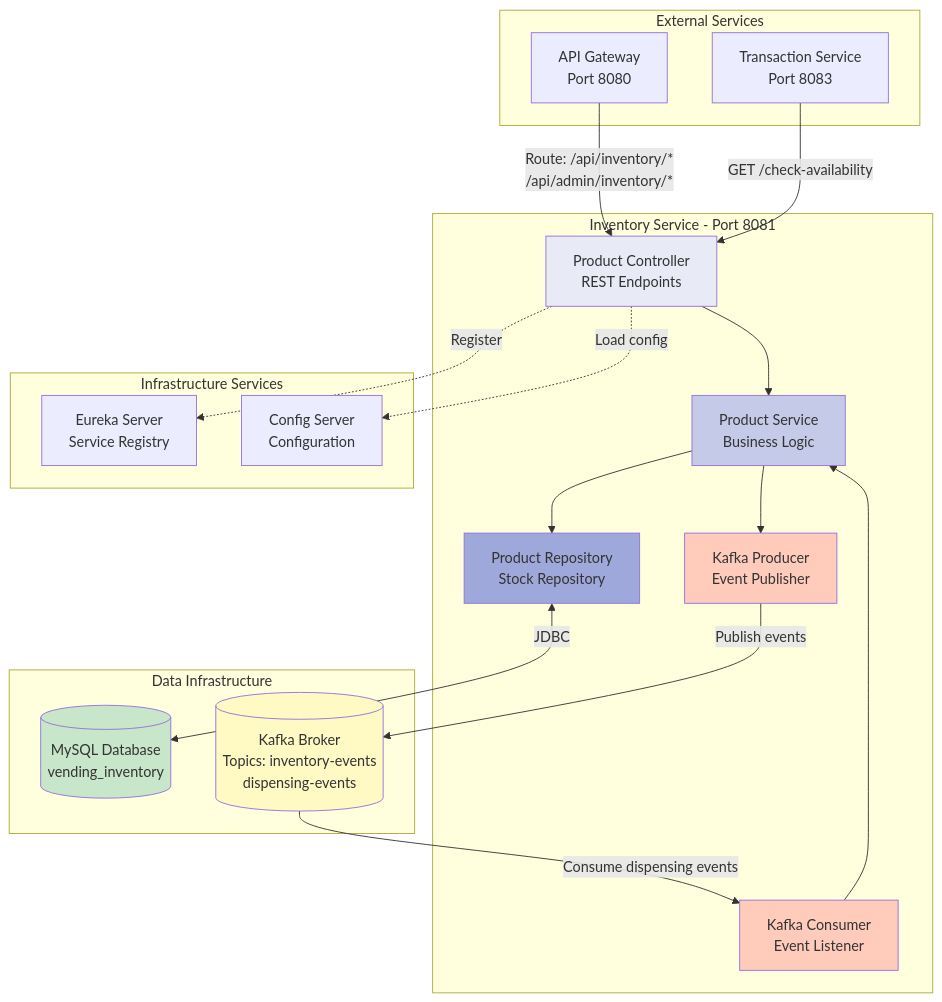
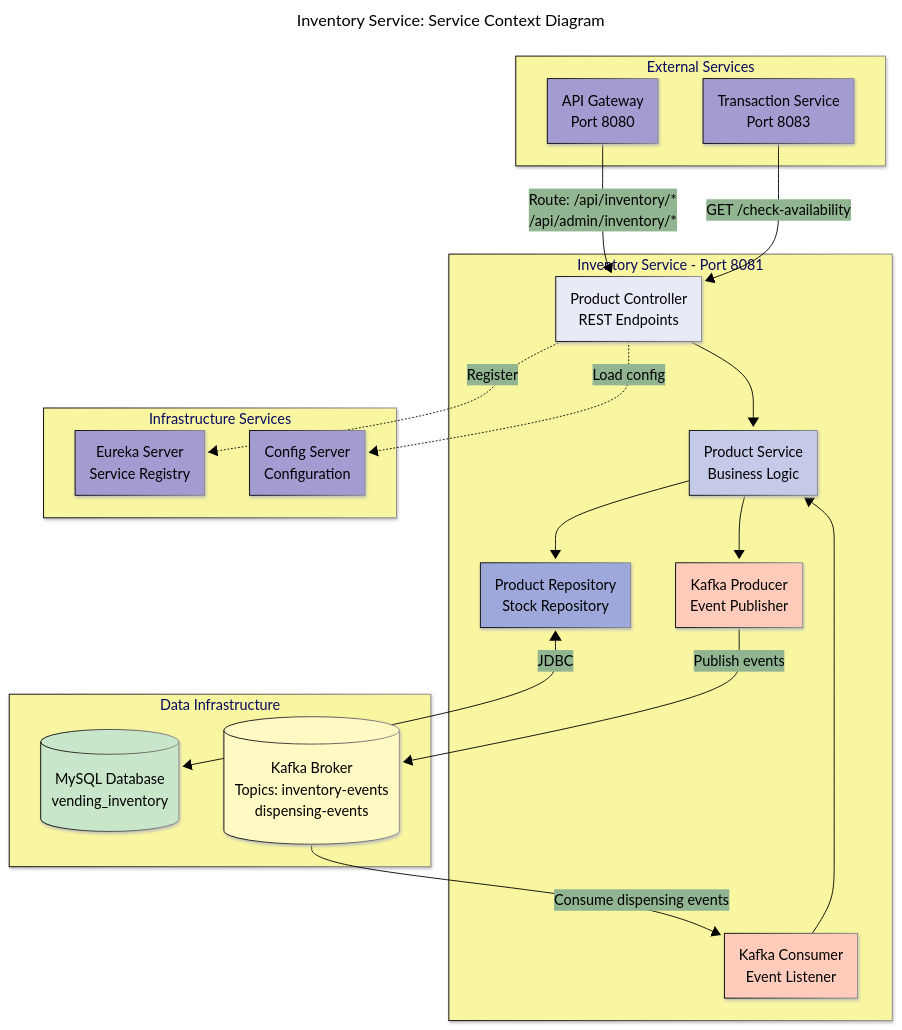
Before and after one commit to BrunoGil-AS/Vending-Machine-Microservices: the first of 9 diagrams in Documentation/diagrams/inventory-service.md, drawn with Mermaid. The commit also changed other lines of this file and 7 other files, not shown here.

Commit message:
docs: Update service diagrams with new configurations and titles

````diff
--- a/Documentation/diagrams/inventory-service.md
+++ b/Documentation/diagrams/inventory-service.md
@@ -18,48 +18,62 @@
 ```mermaid
+---
+config:
+  theme: base
+  themeVariables:
+    primaryColor: '#a39cd1ff'
+    primaryTextColor: '#000000'
+    secondaryTextColor: '#ffffffff'
+    primaryBorderColor: '#000000'
+    lineColor: '#000000ff'
+    secondaryColor: '#90b590ff'
+    tertiaryColor: '#f9f6a1ff'
+  look: neo
+title: 'Inventory Service: Service Context Diagram'
+---
 graph TB
     subgraph "External Services"
         GATEWAY[API Gateway<br/>Port 8080]
         TRANSACTION[Transaction Service<br/>Port 8083]
     end
 
     subgraph "Inventory Service - Port 8081"
         CONTROLLER[Product Controller<br/>REST Endpoints]
         SERVICE[Product Service<br/>Business Logic]
         REPO[Product Repository<br/>Stock Repository]
         KAFKA_PRODUCER[Kafka Producer<br/>Event Publisher]
         KAFKA_CONSUMER[Kafka Consumer<br/>Event Listener]
     end
 
     subgraph "Data Infrastructure"
         DB[(MySQL Database<br/>vending_inventory)]
         KAFKA[(Kafka Broker<br/>Topics: inventory-events<br/>dispensing-events)]
     end
 
     subgraph "Infrastructure Services"
         EUREKA[Eureka Server<br/>Service Registry]
         CONFIG[Config Server<br/>Configuration]
     end
 
     GATEWAY -->|Route: /api/inventory/*<br/>/api/admin/inventory/*| CONTROLLER
     TRANSACTION -->|GET /check-availability| CONTROLLER
 
     CONTROLLER --> SERVICE
     SERVICE --> REPO
     SERVICE --> KAFKA_PRODUCER
     KAFKA_CONSUMER --> SERVICE
 
     REPO <-->|JDBC| DB
     KAFKA_PRODUCER -->|Publish events| KAFKA
     KAFKA -->|Consume dispensing events| KAFKA_CONSUMER
 
     CONTROLLER -.->|Register| EUREKA
     CONTROLLER -.->|Load config| CONFIG
 
     style CONTROLLER fill:#e8eaf6
     style SERVICE fill:#c5cae9
     style REPO fill:#9fa8da
     style KAFKA_PRODUCER fill:#ffccbc
     style KAFKA_CONSUMER fill:#ffccbc
     style DB fill:#c8e6c9
     style KAFKA fill:#fff9c4
 ```
````
